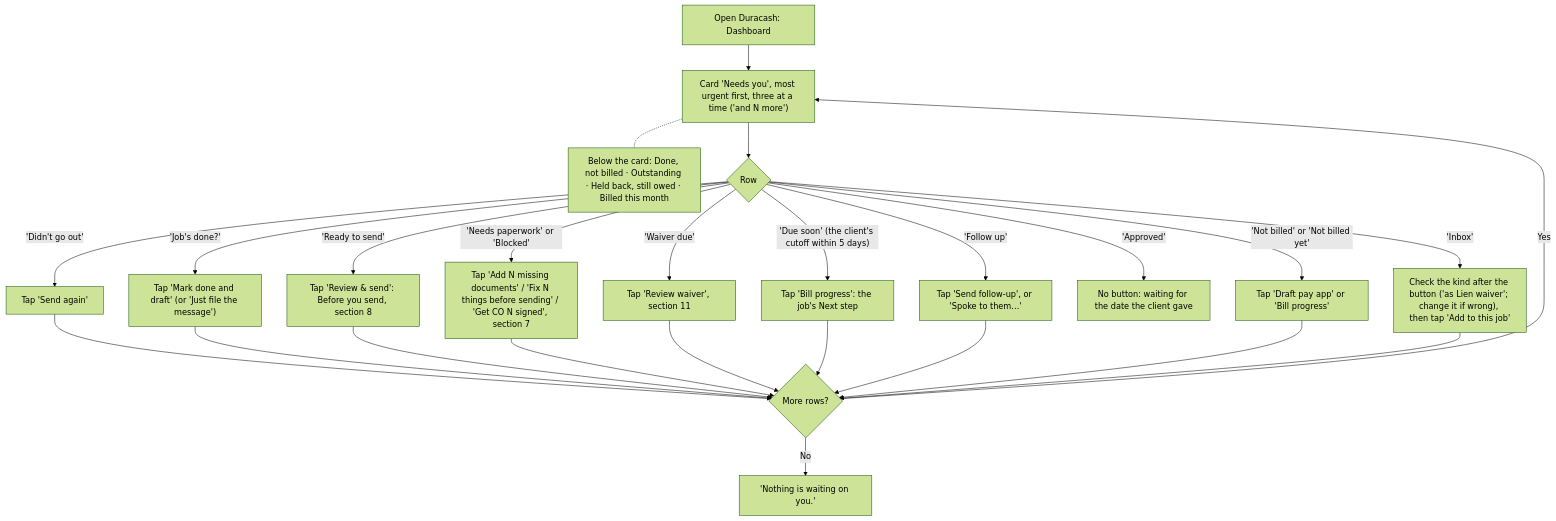
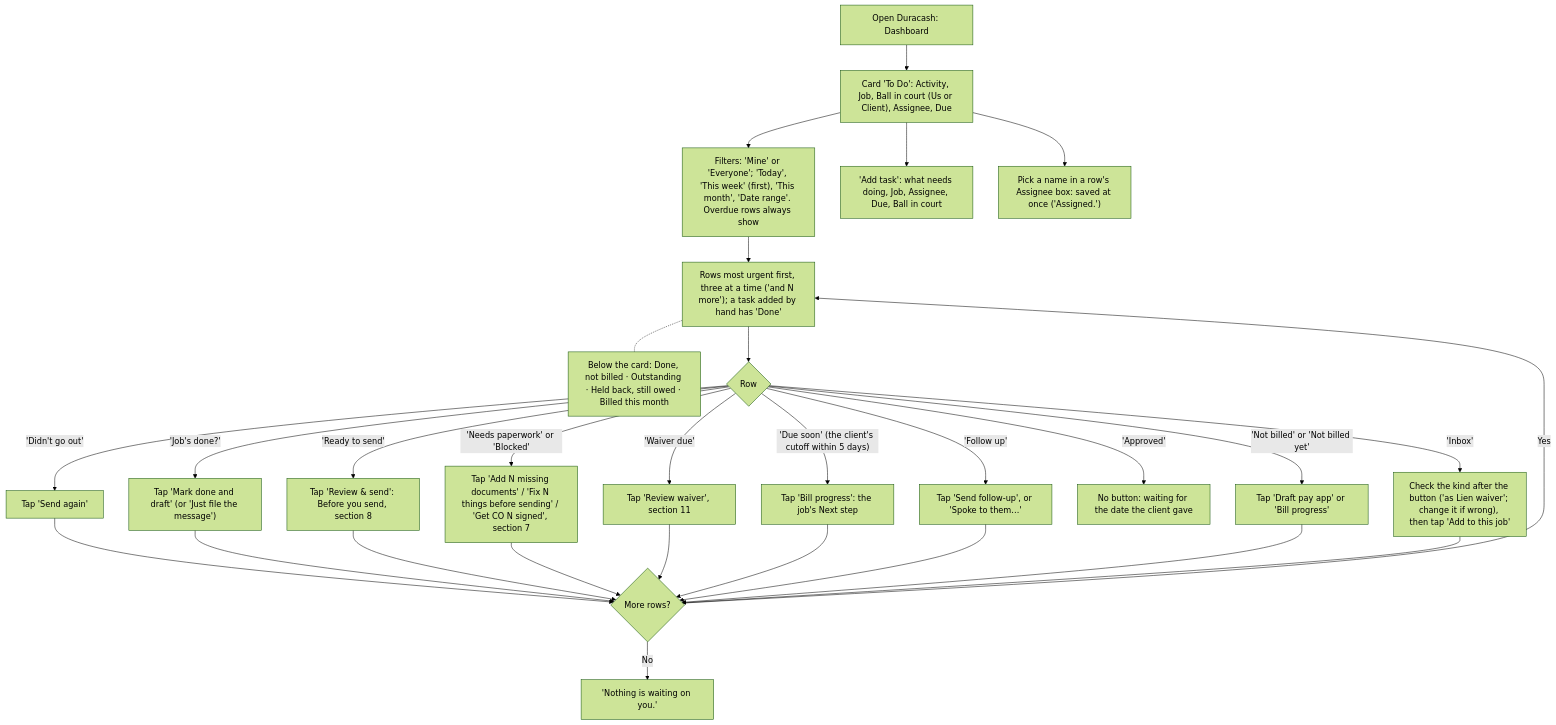
Diagram 14 of 15 in docs/client-flows.md (cartwrightstephen/billdable), drawn with Mermaid (forest theme) before and after one commit. The commit also changed other lines of this file and 22 other files, not shown here.

````diff
--- a/docs/client-flows.md
+++ b/docs/client-flows.md
@@ -499,27 +499,31 @@
 ```mermaid
 flowchart TD
-    A["Open Duracash: Dashboard"] --> C["Card 'Needs you', most urgent first, three at a time ('and N more')"]
+    A["Open Duracash: Dashboard"] --> T["Card 'To Do': Activity, Job, Ball in court (Us or Client), Assignee, Due"]
+    T --> T1["Filters: 'Mine' or 'Everyone'; 'Today', 'This week' (first), 'This month', 'Date range'. Overdue rows always show"]
+    T --> T2["'Add task': what needs doing, Job, Assignee, Due, Ball in court"]
+    T --> T3["Pick a name in a row's Assignee box: saved at once ('Assigned.')"]
+    T1 --> C["Rows most urgent first, three at a time ('and N more'); a task added by hand has 'Done'"]
     C -.- B["Below the card: Done, not billed · Outstanding · Held back, still owed · Billed this month"]
     C --> D{"Row"}
     D -->|"'Didn't go out'"| D1["Tap 'Send again'"]
     D -->|"'Job's done?'"| E["Tap 'Mark done and draft' (or 'Just file the message')"]
     D -->|"'Ready to send'"| F["Tap 'Review & send': Before you send, section 8"]
     D -->|"'Waiver due'"| H["Tap 'Review waiver', section 11"]
     D -->|"'Due soon' (the client's cutoff within 5 days)"| I["Tap 'Bill progress': the job's Next step"]
     D -->|"'Needs paperwork' or 'Blocked'"| G["Tap 'Add N missing documents' / 'Fix N things before sending' / 'Get CO N signed', section 7"]
     D -->|"'Follow up'"| J["Tap 'Send follow-up', or 'Spoke to them…'"]
     D -->|"'Approved'"| J2["No button: waiting for the date the client gave"]
     D -->|"'Not billed' or 'Not billed yet'"| K["Tap 'Draft pay app' or 'Bill progress'"]
     D -->|"'Inbox'"| L["Check the kind after the button ('as Lien waiver'; change it if wrong), then tap 'Add to this job'"]
     D1 --> M{"More rows?"}
     E --> M
     F --> M
     G --> M
     H --> M
     I --> M
     J --> M
     K --> M
     L --> M
     M -->|"Yes"| C
     M -->|"No"| N["'Nothing is waiting on you.'"]
 ```
````
